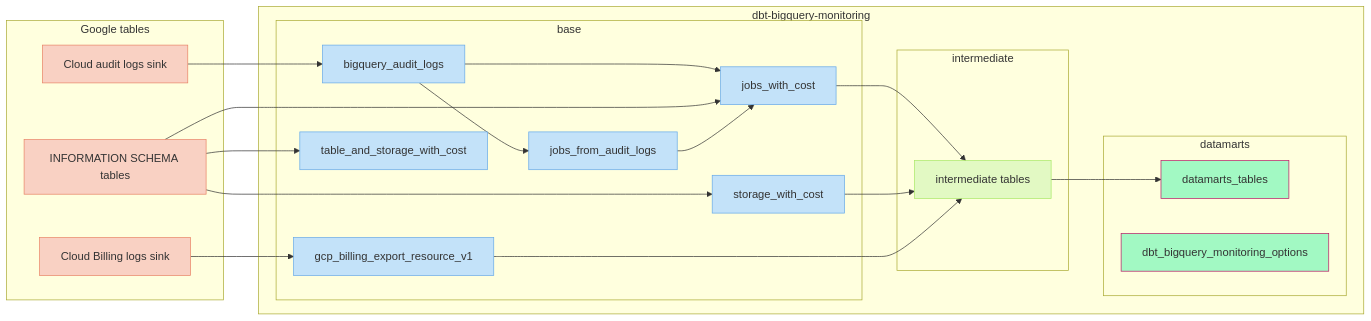
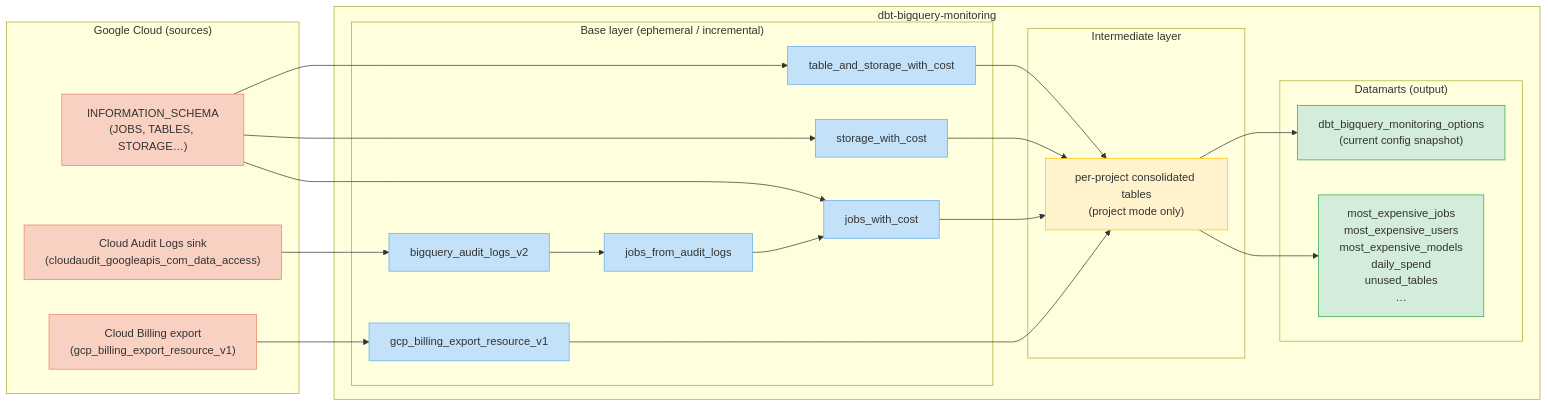
One commit to bqbooster/dbt-bigquery-monitoring changed the diagram in docs/architecture.md. Above: the diagram before and after it, drawn with Mermaid. The commit also changed other lines of this file and 13 other files, not shown here.

````diff
--- a/docs/architecture.md
+++ b/docs/architecture.md
@@ -16,56 +13,54 @@
 ```mermaid
 flowchart LR
-    subgraph Google tables
-        information_schema_tables[INFORMATION SCHEMA tables]
-        cloud_billing[Cloud Billing logs sink]
-        cloud_audit[Cloud audit logs sink]
+    subgraph GCP["Google Cloud (sources)"]
+        IS["INFORMATION_SCHEMA\n(JOBS, TABLES, STORAGE…)"]
+        CA["Cloud Audit Logs sink\n(cloudaudit_googleapis_com_data_access)"]
+        CB["Cloud Billing export\n(gcp_billing_export_resource_v1)"]
     end
 
-    subgraph dbt-bigquery-monitoring
-        subgraph base
-            bigquery_audit_logs[bigquery_audit_logs]
-            gcp_billing_export_resource_v1[gcp_billing_export_resource_v1]
-            jobs_from_audit_logs[jobs_from_audit_logs]
-            jobs_with_cost[jobs_with_cost]
-            storage_with_cost[storage_with_cost]
-            table_and_storage_with_cost[table_and_storage_with_cost]
+    subgraph PKG["dbt-bigquery-monitoring"]
+        subgraph base["Base layer (ephemeral / incremental)"]
+            BAL["bigquery_audit_logs_v2"]
+            BEX["gcp_billing_export_resource_v1"]
+            JFL["jobs_from_audit_logs"]
+            JWC["jobs_with_cost"]
+            SWC["storage_with_cost"]
+            TWC["table_and_storage_with_cost"]
         end
 
-        subgraph intermediate
-            intermediate_tables[intermediate tables]
+        subgraph intermediate["Intermediate layer"]
+            INT["per-project consolidated tables\n(project mode only)"]
         end
 
-        subgraph datamarts
-            datamarts_tables[datamarts_tables]
-            dbt_bigquery_monitoring_options[dbt_bigquery_monitoring_options]
+        subgraph datamarts["Datamarts (output)"]
+            DM["most_expensive_jobs\nmost_expensive_users\nmost_expensive_models\ndaily_spend\nunused_tables\n…"]
+            OPT["dbt_bigquery_monitoring_options\n(current config snapshot)"]
         end
     end
 
-    cloud_billing --> gcp_billing_export_resource_v1
-    cloud_audit --> bigquery_audit_logs
-    bigquery_audit_logs --> jobs_from_audit_logs
-    bigquery_audit_logs --> jobs_with_cost
-    information_schema_tables --> jobs_with_cost
-    jobs_from_audit_logs --> jobs_with_cost
-    information_schema_tables --> storage_with_cost
-    information_schema_tables --> table_and_storage_with_cost
+    IS --> JWC
+    IS --> SWC
+    IS --> TWC
+    CA --> BAL
+    BAL --> JFL
+    JFL --> JWC
+    CB --> BEX
+    BEX --> INT
 
-    jobs_with_cost --> intermediate_tables
-    storage_with_cost --> intermediate_tables
-    gcp_billing_export_resource_v1 --> intermediate_tables
+    JWC --> INT
+    SWC --> INT
+    TWC --> INT
 
-    intermediate_tables --> datamarts_tables
+    INT --> DM
+    INT --> OPT
 
     classDef google fill:#f9d1c3,stroke:#e88366,color:#333
     classDef base fill:#c3e2f9,stroke:#66a9e8,color:#333
-    classDef intermediate fill:#e2f9c3,stroke:#a9e866,color:#333
-    classDef datamarts fill:#a2f9c3,stroke:#b91866,color:#333
+    classDef intermediate fill:#fff3cd,stroke:#ffc107,color:#333
+    classDef datamarts fill:#d4edda,stroke:#28a745,color:#333
 
-    class information_schema_tables,cloud_billing,cloud_audit google
-
-    class bigquery_audit_logs,gcp_billing_export_resource_v1,jobs_from_audit_logs,storage_with_cost,table_and_storage_with_cost,jobs_with_cost base
-
-    class intermediate_tables intermediate
-
-    class datamarts_tables,dbt_bigquery_monitoring_options datamarts
+    class IS,CA,CB google
+    class BAL,BEX,JFL,JWC,SWC,TWC base
+    class INT intermediate
+    class DM,OPT datamarts
 ```
````
